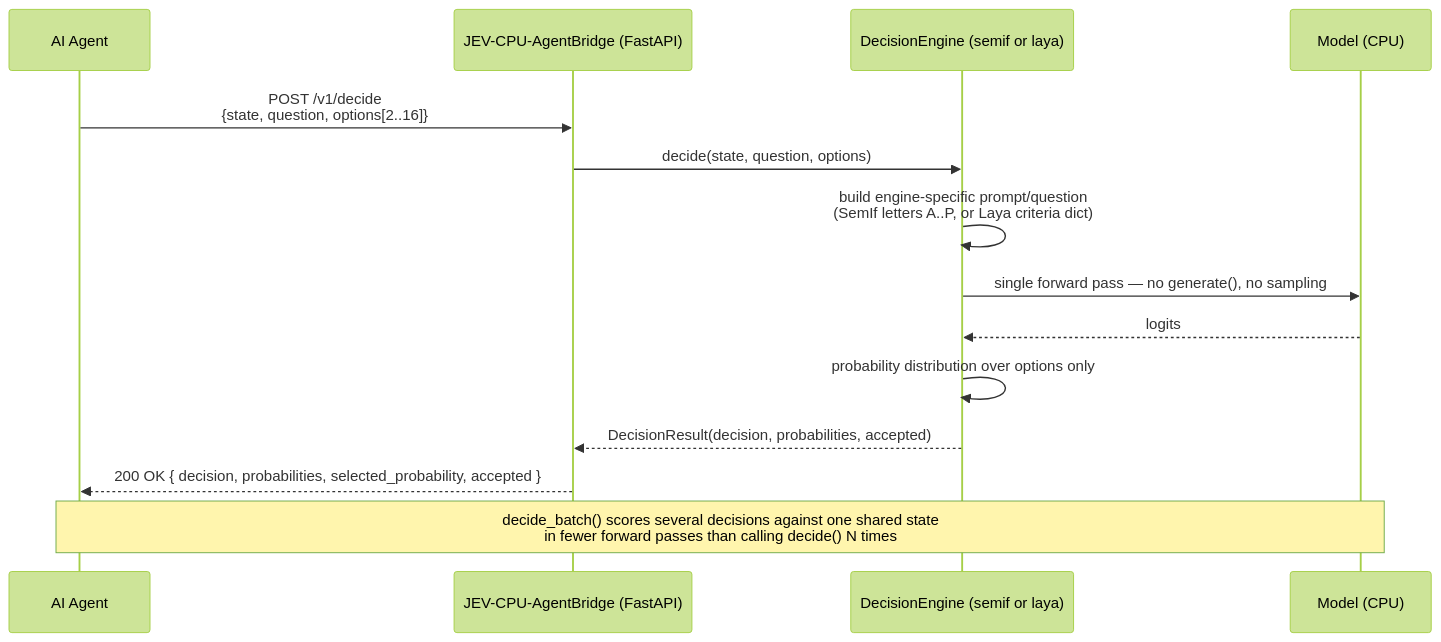
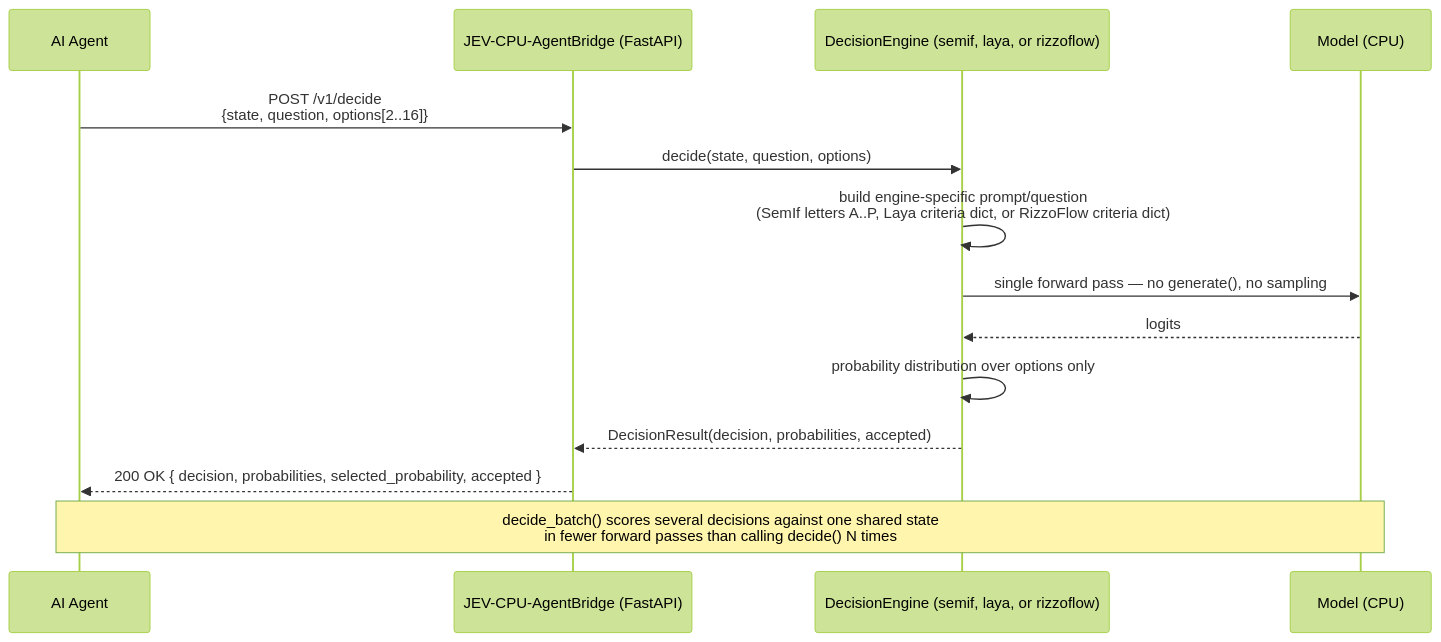
The second of 2 diagrams in docs/architecture.md (GiskardB/jev-agentbridge), drawn with Mermaid (forest theme) before and after one commit. The commit also changed other lines of this file and 10 other files, not shown here.

Commit message:
feat: Docker image tags now bake in engine selection (JEV_ENGINE); update docs; verify Laya e2e with OpenCode integration

````diff
--- a/docs/architecture.md
+++ b/docs/architecture.md
@@ -22,18 +22,18 @@
 ```mermaid
 sequenceDiagram
     participant Agent as AI Agent
     participant Bridge as JEV-CPU-AgentBridge (FastAPI)
-    participant Engine as DecisionEngine (semif or laya)
+    participant Engine as DecisionEngine (semif, laya, or rizzoflow)
     participant Model as Model (CPU)
 
     Agent->>Bridge: POST /v1/decide<br/>{state, question, options[2..16]}
     Bridge->>Engine: decide(state, question, options)
-    Engine->>Engine: build engine-specific prompt/question<br/>(SemIf letters A..P, or Laya criteria dict)
+    Engine->>Engine: build engine-specific prompt/question<br/>(SemIf letters A..P, Laya criteria dict, or RizzoFlow criteria dict)
     Engine->>Model: single forward pass — no generate(), no sampling
     Model-->>Engine: logits
     Engine->>Engine: probability distribution over options only
     Engine-->>Bridge: DecisionResult(decision, probabilities, accepted)
     Bridge-->>Agent: 200 OK { decision, probabilities, selected_probability, accepted }
 
     Note over Agent,Model: decide_batch() scores several decisions against one shared state<br/>in fewer forward passes than calling decide() N times
 ```
````
